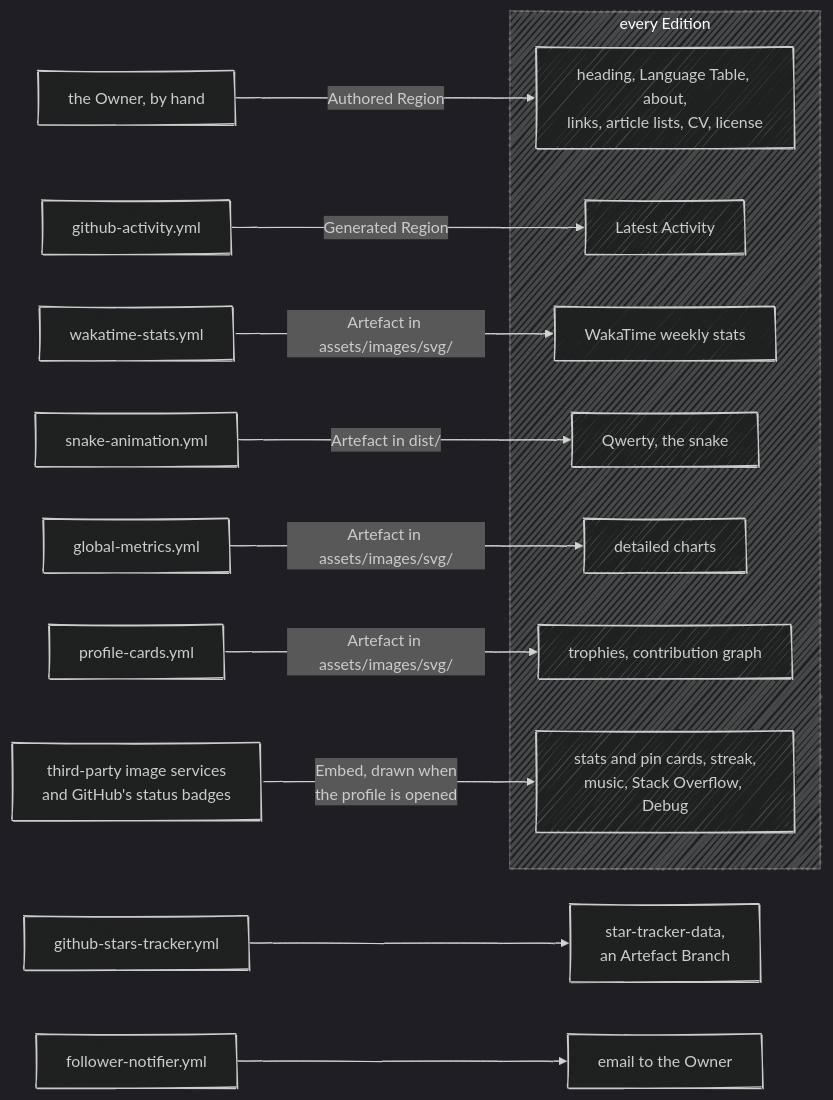
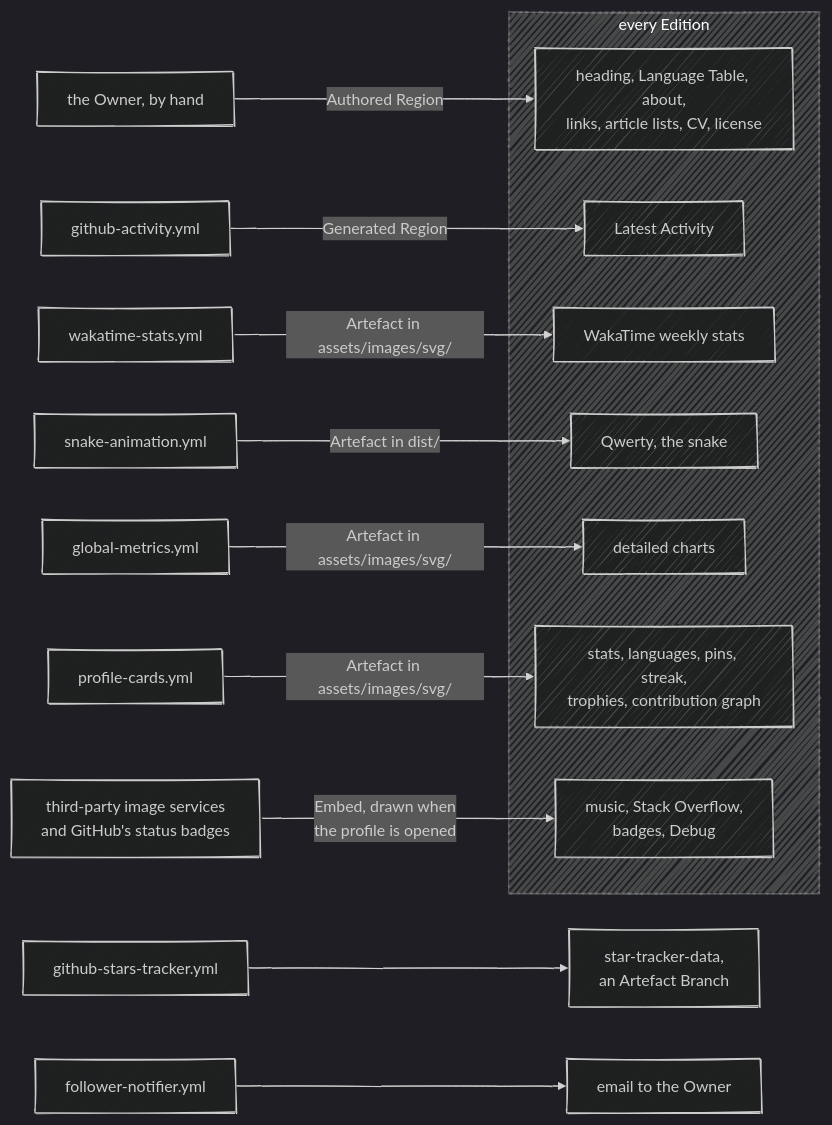
Before and after one commit to fbuireu/fbuireu: the first of 10 diagrams in ARCHITECTURE.md, drawn with Mermaid (dark theme). The commit also changed other lines of this file and 7 other files, not shown here.

First line of the commit message:
feat: render the stats, languages, pins and streak as Artefacts

````diff
--- a/ARCHITECTURE.md
+++ b/ARCHITECTURE.md
@@ -14,26 +14,26 @@
 ```mermaid
 ---
 config:
   look: handDrawn
   layout: dagre
 ---
 flowchart LR
     owner["the Owner, by hand"] -->|"Authored Region"| authored
     ga["github-activity.yml"] -->|"Generated Region"| activity
     ws["wakatime-stats.yml"] -->|"Artefact in assets/images/svg/"| waka
     sa["snake-animation.yml"] -->|"Artefact in dist/"| snake
     gm["global-metrics.yml"] -->|"Artefact in assets/images/svg/"| metrics
     pc["profile-cards.yml"] -->|"Artefact in assets/images/svg/"| cards
     third["third-party image services<br/>and GitHub's status badges"] -->|"Embed, drawn when<br/>the profile is opened"| embeds
     subgraph edition["every Edition"]
         authored["heading, Language Table, about,<br/>links, article lists, CV, license"]
         activity["Latest Activity"]
-        embeds["stats and pin cards, streak,<br/>music, Stack Overflow, Debug"]
+        embeds["music, Stack Overflow,<br/>badges, Debug"]
         waka["WakaTime weekly stats"]
         snake["Qwerty, the snake"]
         metrics["detailed charts"]
-        cards["trophies, contribution graph"]
+        cards["stats, languages, pins, streak,<br/>trophies, contribution graph"]
     end
     st["github-stars-tracker.yml"] --> branch["star-tracker-data,<br/>an Artefact Branch"]
     fn["follower-notifier.yml"] --> mail["email to the Owner"]
 ```
````
